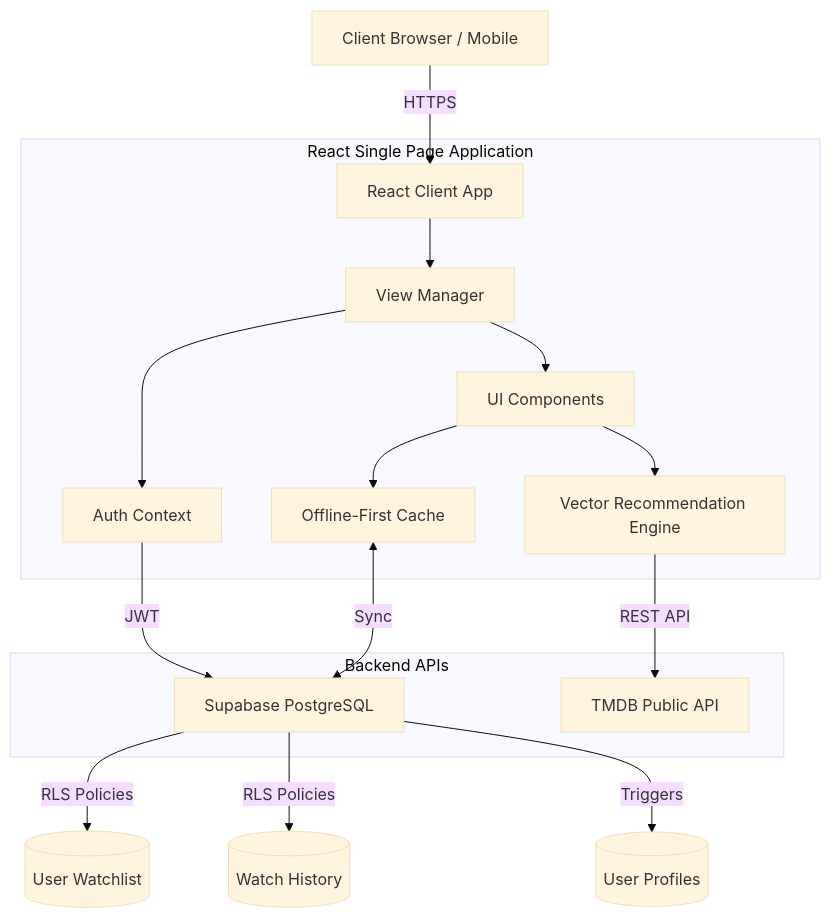
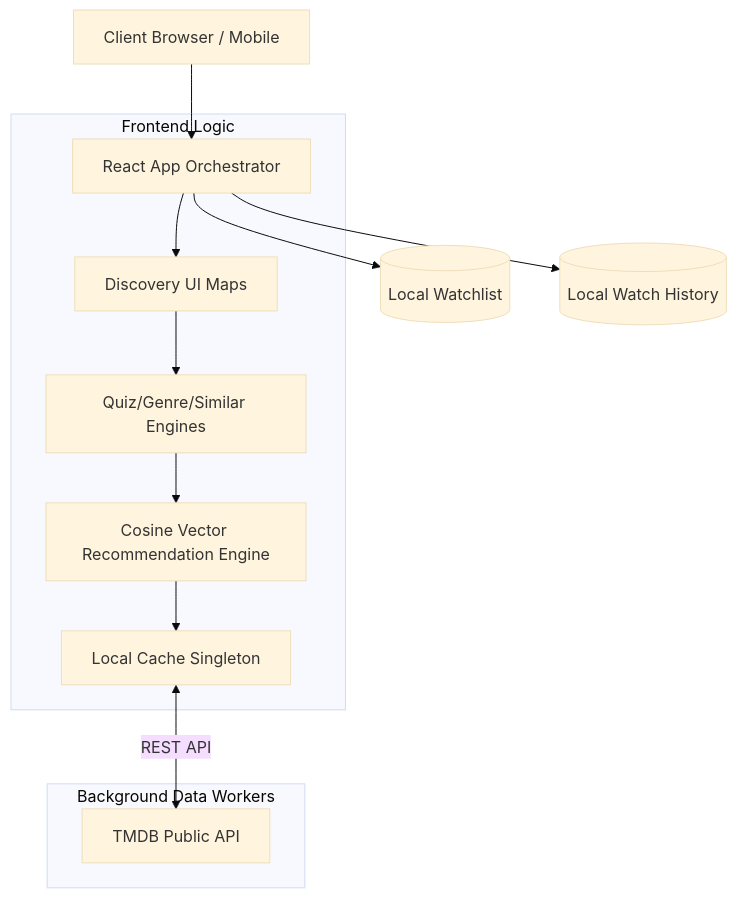
One commit to YUVRAJ-SINGH-3178/ORIZURU changed the diagram in README.md. Above: the diagram before and after it, drawn with Mermaid (base theme). The commit also changed other lines of this file, not shown here.

Commit message:
docs: update README with new architecture and local-first setup

````diff
--- a/README.md
+++ b/README.md
@@ -26,24 +26,19 @@
 ```mermaid
 graph TD
-    Client[Client Browser / Mobile] --> |HTTPS| App[React Client App]
+    Client[Client Browser / Mobile] --> App[React App Orchestrator]
     
-    subgraph Frontend [React Single Page Application]
-        App --> Router[View Manager]
-        Router --> Components[UI Components]
-        Router --> Auth[Auth Context]
+    subgraph Frontend Logic
+        App --> Discovery[Discovery UI Maps]
+        Discovery --> Modes[Quiz/Genre/Similar Engines]
         
-        Components --> Alg[Vector Recommendation Engine]
-        Components --> Cache[Offline-First Cache]
+        Modes --> Alg[Cosine Vector Recommendation Engine]
+        Alg --> Cache[Local Cache Singleton]
     end
     
-    subgraph Backend APIs
-        Auth --> |JWT| Supabase[Supabase PostgreSQL]
-        Cache <--> |Sync| Supabase
-        
-        Alg --> |REST API| TMDB[TMDB Public API]
+    subgraph Background Data Workers
+        Cache <--> |REST API| TMDB[TMDB Public API]
     end
     
-    Supabase --> |RLS Policies| Watchlist[(User Watchlist)]
-    Supabase --> |RLS Policies| History[(Watch History)]
-    Supabase --> |Triggers| Profiles[(User Profiles)]
+    App --> Watchlist[(Local Watchlist)]
+    App --> History[(Local Watch History)]
 ```
````
